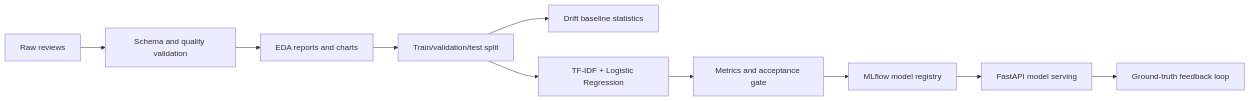
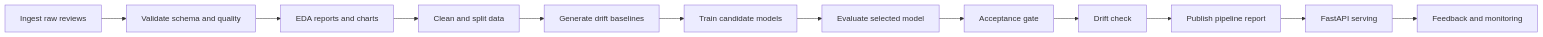
The third of 4 diagrams in docs/architecture.md (AkshayAmbekar26/da5402-final-project), drawn with Mermaid before and after one commit. The commit also changed other lines of this file and 87 other files, not shown here.

````diff
--- a/docs/architecture.md
+++ b/docs/architecture.md
@@ -57,12 +98,14 @@
 ```mermaid
 flowchart LR
-  Raw["Raw reviews"] --> Validate["Schema and quality validation"]
-  Validate --> EDA["EDA reports and charts"]
-  EDA --> Split["Train/validation/test split"]
-  Split --> Baseline["Drift baseline statistics"]
-  Split --> Train["TF-IDF + Logistic Regression"]
-  Train --> Evaluate["Metrics and acceptance gate"]
-  Evaluate --> Registry["MLflow model registry"]
-  Registry --> Serve["FastAPI model serving"]
-  Serve --> Feedback["Ground-truth feedback loop"]
+  A["Ingest raw reviews"] --> B["Validate schema and quality"]
+  B --> C["EDA reports and charts"]
+  C --> D["Clean and split data"]
+  D --> E["Generate drift baselines"]
+  E --> F["Train candidate models"]
+  F --> G["Evaluate selected model"]
+  G --> H["Acceptance gate"]
+  H --> I["Drift check"]
+  I --> J["Publish pipeline report"]
+  J --> K["FastAPI serving"]
+  K --> L["Feedback and monitoring"]
 ```
````
